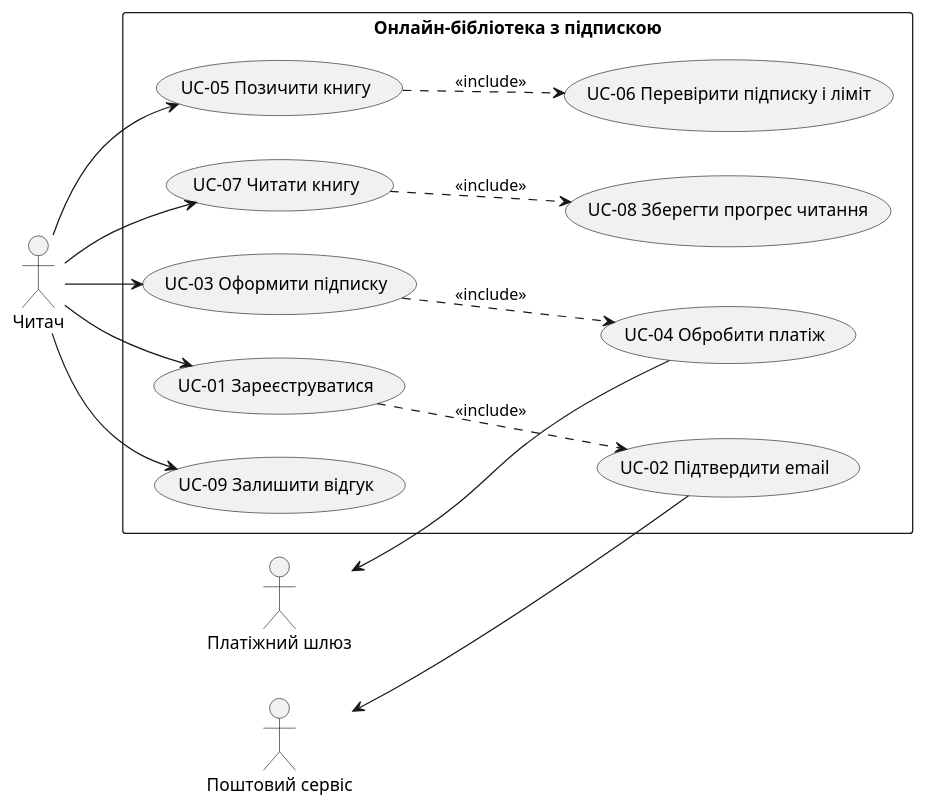
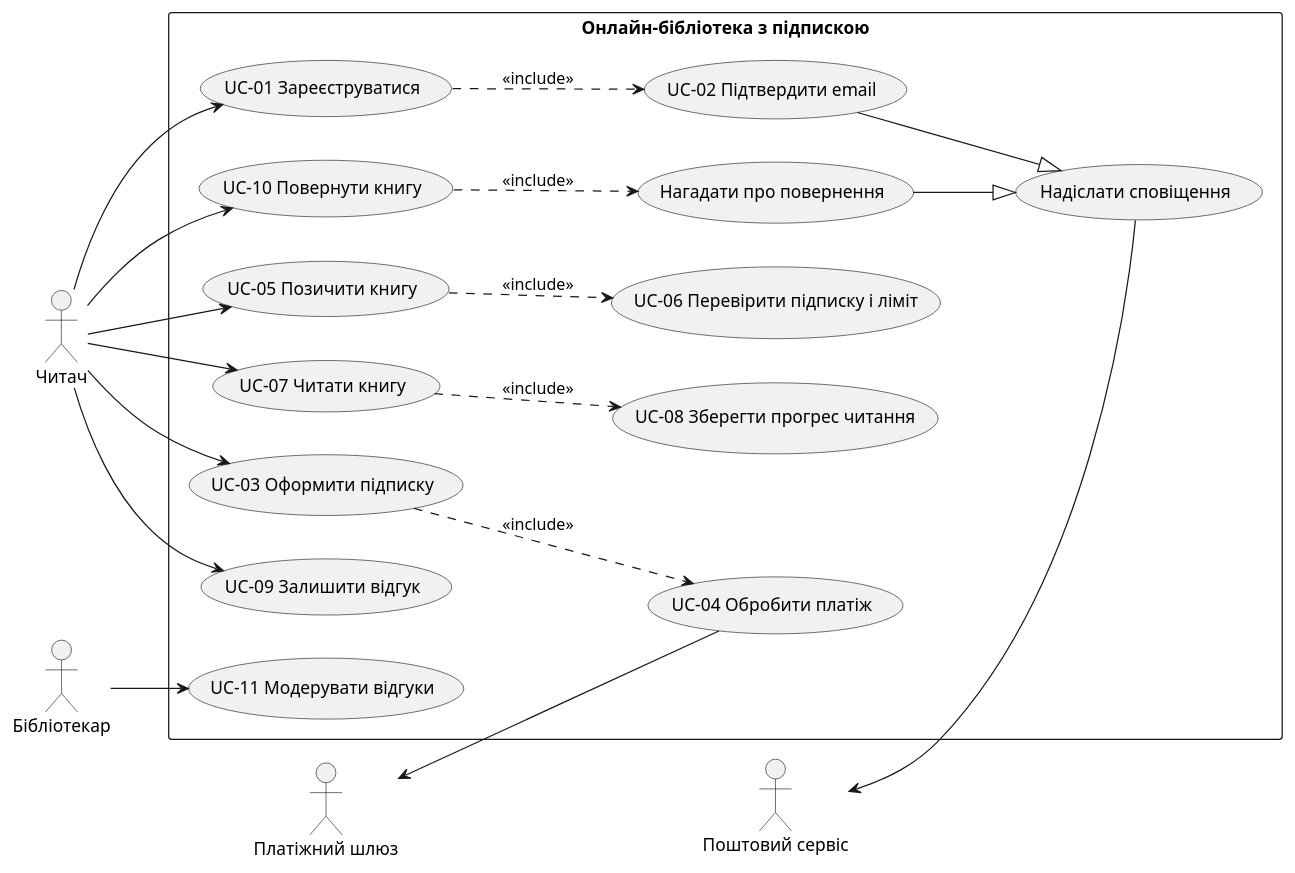
One commit to sanyalovemoney/KPI_labs changed the diagram in Labs/lab2-usecases/model/usecase.puml. Above: the diagram before and after it, drawn with PlantUML.

Commit message:
lab2: fix - add librarian, return-book UC, notification generalization

```diff
--- a/Labs/lab2-usecases/model/usecase.puml
+++ b/Labs/lab2-usecases/model/usecase.puml
@@ -1,34 +1,45 @@
 @startuml usecase
 left to right direction
 skinparam packageStyle rectangle
 
 actor "Читач" as reader
+actor "Бібліотекар" as librarian
 actor "Платіжний шлюз" as gateway
 actor "Поштовий сервіс" as mail
 
 rectangle "Онлайн-бібліотека з підпискою" {
   usecase "UC-01 Зареєструватися" as UC01
   usecase "UC-02 Підтвердити email" as UC02
   usecase "UC-03 Оформити підписку" as UC03
   usecase "UC-04 Обробити платіж" as UC04
   usecase "UC-05 Позичити книгу" as UC05
   usecase "UC-06 Перевірити підписку і ліміт" as UC06
   usecase "UC-07 Читати книгу" as UC07
   usecase "UC-08 Зберегти прогрес читання" as UC08
   usecase "UC-09 Залишити відгук" as UC09
+  usecase "UC-10 Повернути книгу" as UC10
+  usecase "UC-11 Модерувати відгуки" as UC11
+  usecase "Надіслати сповіщення" as UCNotify
+  usecase "Нагадати про повернення" as UC12
 }
 
 reader --> UC01
 reader --> UC03
 reader --> UC05
 reader --> UC07
 reader --> UC09
+reader --> UC10
+librarian --> UC11
 
 UC01 ..> UC02 : <<include>>
 UC03 ..> UC04 : <<include>>
 UC05 ..> UC06 : <<include>>
 UC07 ..> UC08 : <<include>>
+UC10 ..> UC12 : <<include>>
+
+UC02 --|> UCNotify
+UC12 --|> UCNotify
 
 gateway <-- UC04
-mail <-- UC02
+mail <-- UCNotify
 @enduml
```
